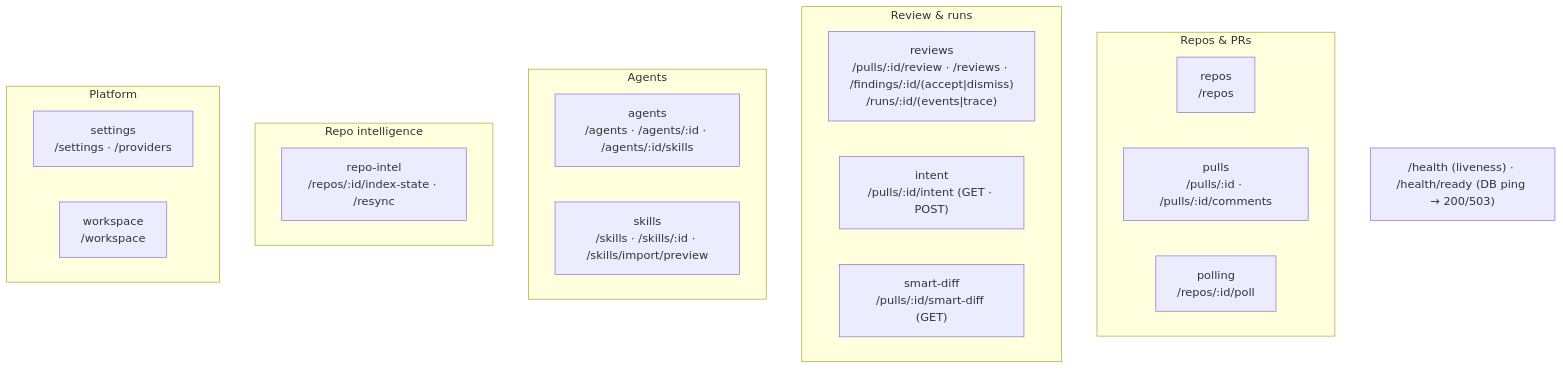
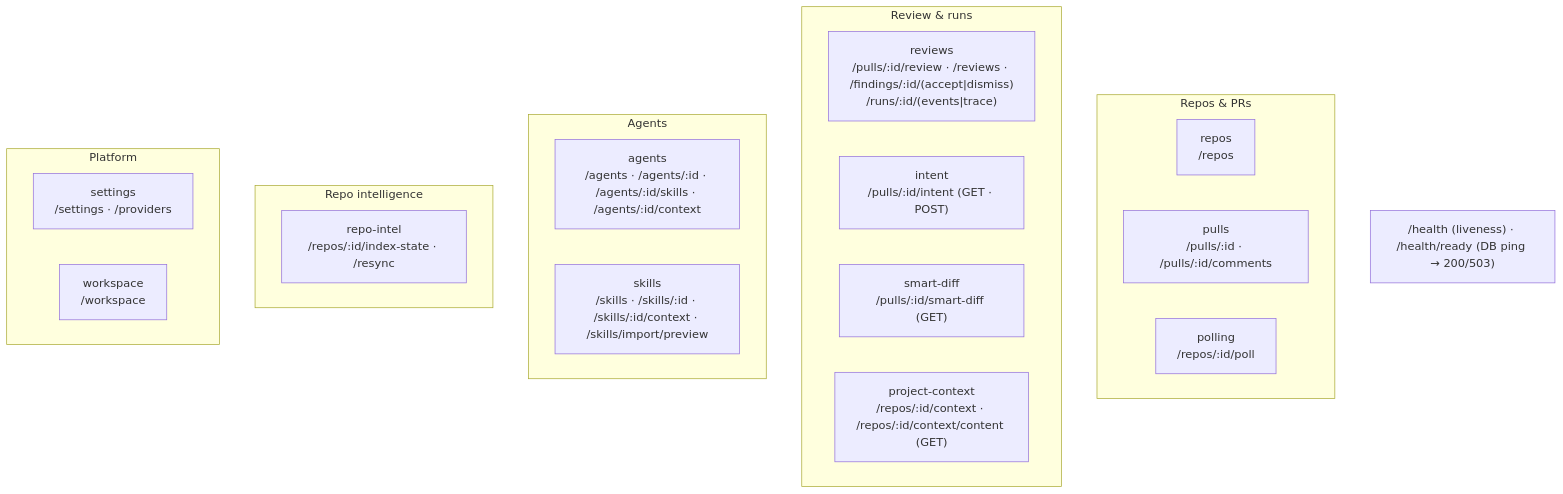
The second of 2 diagrams in server/README.md (artemmmon/dev-digest), drawn with Mermaid before and after one commit. The commit also changed other lines of this file and 101 other files, not shown here.

First line of the commit message:
feat: project context — attach repository docs to agents and skills (SPEC-10)

````diff
--- a/server/README.md
+++ b/server/README.md
@@ -69,25 +69,26 @@
 ```mermaid
 flowchart TB
   subgraph Repos_PRs["Repos & PRs"]
     repos["repos<br/>/repos"]
     pulls["pulls<br/>/pulls/:id · /pulls/:id/comments"]
     polling["polling<br/>/repos/:id/poll"]
   end
   subgraph Review["Review & runs"]
     reviews["reviews<br/>/pulls/:id/review · /reviews · /findings/:id/(accept|dismiss)<br/>/runs/:id/(events|trace)"]
     intent["intent<br/>/pulls/:id/intent (GET · POST)"]
     smartDiff["smart-diff<br/>/pulls/:id/smart-diff (GET)"]
+    projectContext["project-context<br/>/repos/:id/context · /repos/:id/context/content (GET)"]
   end
   subgraph Agents["Agents"]
-    agents["agents<br/>/agents · /agents/:id · /agents/:id/skills"]
-    skills["skills<br/>/skills · /skills/:id · /skills/import/preview"]
+    agents["agents<br/>/agents · /agents/:id · /agents/:id/skills · /agents/:id/context"]
+    skills["skills<br/>/skills · /skills/:id · /skills/:id/context · /skills/import/preview"]
   end
   subgraph Intel["Repo intelligence"]
     repoIntel["repo-intel<br/>/repos/:id/index-state · /resync"]
   end
   subgraph Platform["Platform"]
     settings["settings<br/>/settings · /providers"]
     workspace["workspace<br/>/workspace"]
   end
   HEALTH["/health (liveness) · /health/ready (DB ping → 200/503)"]
 ```
````
